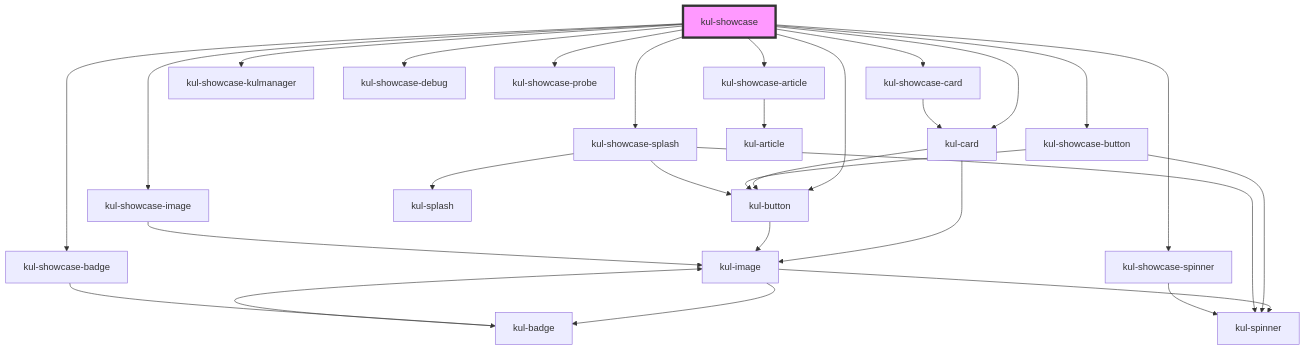
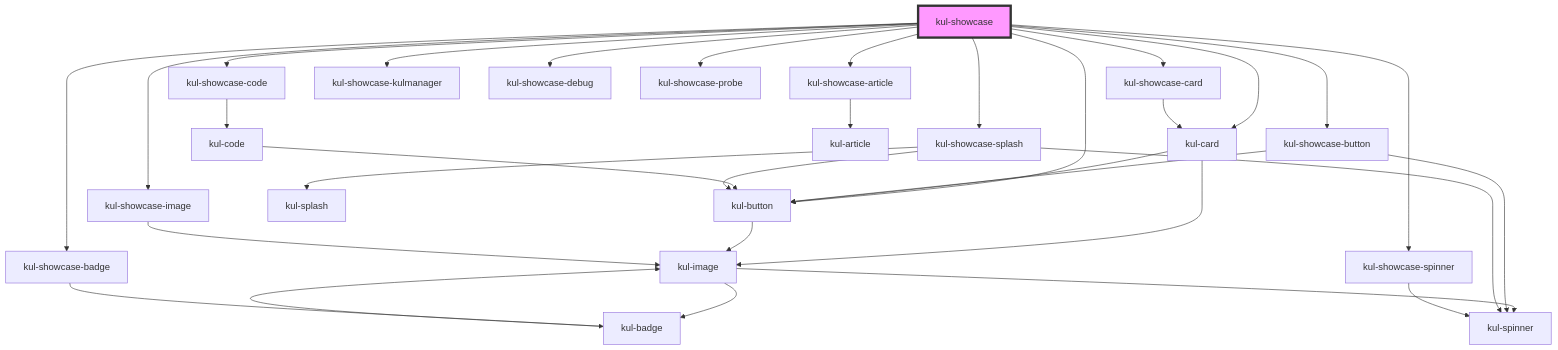
Before and after one commit to smeup/ketchup: the diagram in packages/ketchup-lite/src/components/kul-showcase/readme.md, drawn with Mermaid. The commit also changed other lines of this file and 11 other files, not shown here.

````diff
--- a/packages/ketchup-lite/src/components/kul-showcase/readme.md
+++ b/packages/ketchup-lite/src/components/kul-showcase/readme.md
@@ -95,32 +96,35 @@
 ```mermaid
 graph TD;
   kul-showcase --> kul-card
   kul-showcase --> kul-showcase-article
   kul-showcase --> kul-showcase-badge
   kul-showcase --> kul-showcase-button
   kul-showcase --> kul-showcase-card
+  kul-showcase --> kul-showcase-code
   kul-showcase --> kul-showcase-image
   kul-showcase --> kul-showcase-splash
   kul-showcase --> kul-showcase-spinner
   kul-showcase --> kul-showcase-kulmanager
   kul-showcase --> kul-showcase-debug
   kul-showcase --> kul-showcase-probe
   kul-showcase --> kul-button
   kul-card --> kul-image
   kul-card --> kul-button
   kul-image --> kul-spinner
   kul-image --> kul-badge
   kul-badge --> kul-image
   kul-button --> kul-image
   kul-showcase-article --> kul-article
   kul-showcase-badge --> kul-badge
   kul-showcase-button --> kul-button
   kul-showcase-button --> kul-spinner
   kul-showcase-card --> kul-card
+  kul-showcase-code --> kul-code
+  kul-code --> kul-button
   kul-showcase-image --> kul-image
   kul-showcase-splash --> kul-button
   kul-showcase-splash --> kul-splash
   kul-showcase-splash --> kul-spinner
   kul-showcase-spinner --> kul-spinner
   style kul-showcase fill:#f9f,stroke:#333,stroke-width:4px
 ```
````
